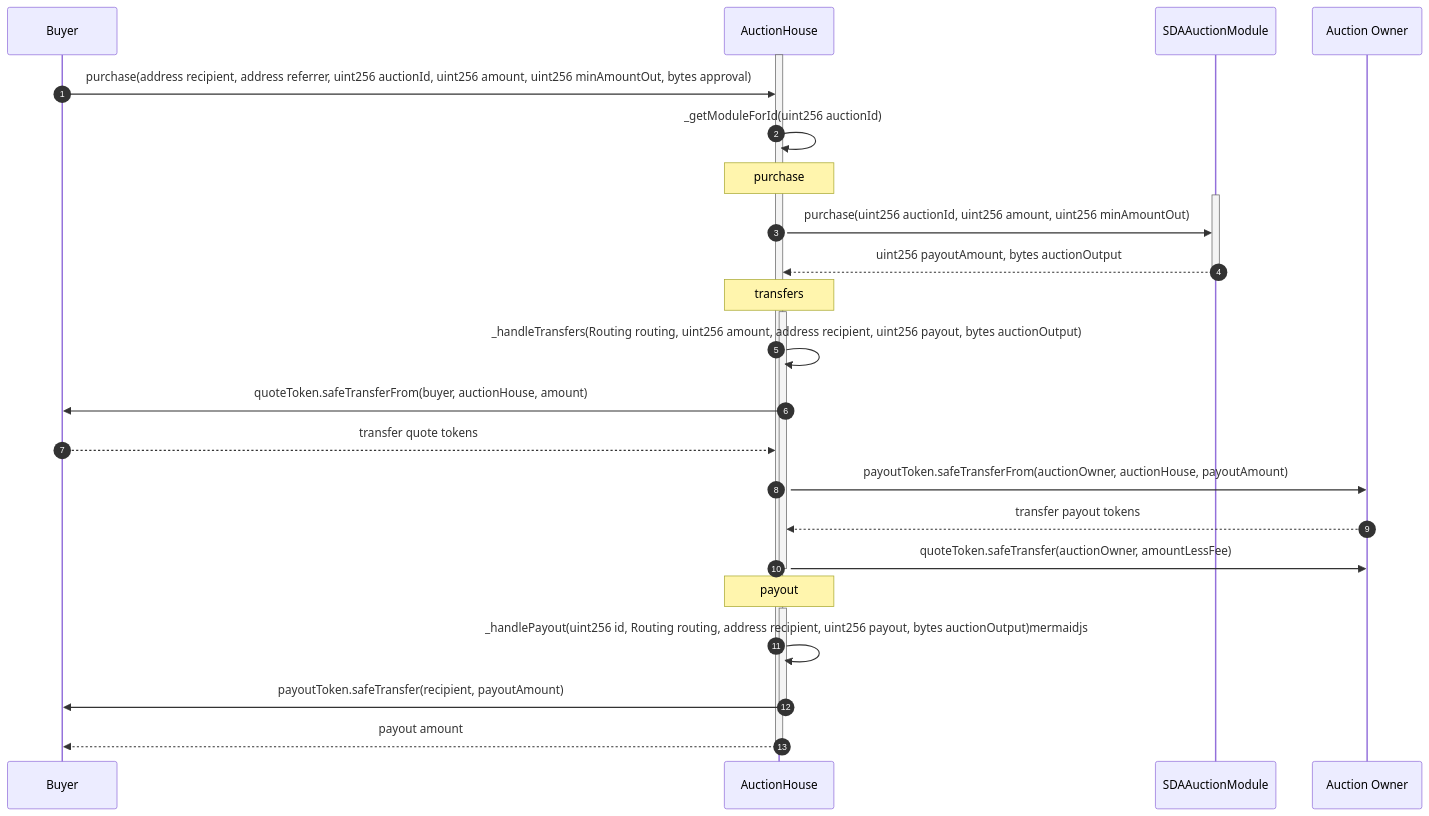
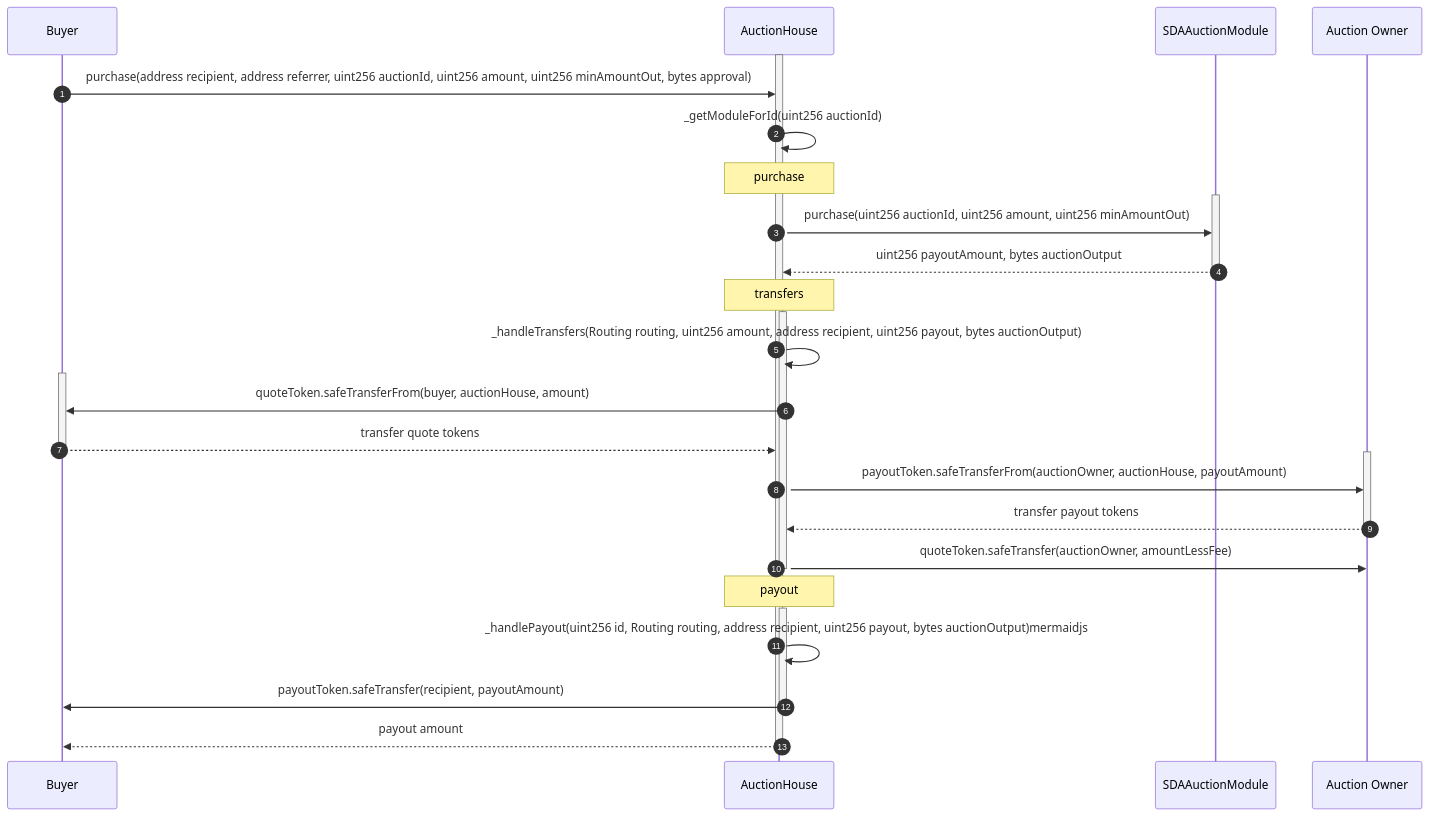
One commit to Axis-Fi/axis-core changed the third of 3 diagrams in ARCHITECTURE.md. Above: the diagram before and after it, drawn with Mermaid.

Commit message:
More activation boxes

````diff
--- a/ARCHITECTURE.md
+++ b/ARCHITECTURE.md
@@ -229,46 +229,50 @@
 ```mermaid
 sequenceDiagram
   autoNumber
   participant Buyer
   participant AuctionHouse
   participant SDAAuctionModule
   participant Auction Owner
 
   activate AuctionHouse
     Buyer->>AuctionHouse: purchase(address recipient, address referrer, uint256 auctionId, uint256 amount, uint256 minAmountOut, bytes approval)
 
     AuctionHouse->>AuctionHouse: _getModuleForId(uint256 auctionId)
 
     Note over AuctionHouse: purchase
 
     activate SDAAuctionModule
       AuctionHouse->>SDAAuctionModule: purchase(uint256 auctionId, uint256 amount, uint256 minAmountOut)
 
       SDAAuctionModule-->>AuctionHouse: uint256 payoutAmount, bytes auctionOutput
     deactivate SDAAuctionModule
 
     Note over AuctionHouse: transfers
 
     activate AuctionHouse
       AuctionHouse->>AuctionHouse: _handleTransfers(Routing routing, uint256 amount, address recipient, uint256 payout, bytes auctionOutput)
 
-      AuctionHouse->>Buyer: quoteToken.safeTransferFrom(buyer, auctionHouse, amount)
-      Buyer-->>AuctionHouse: transfer quote tokens
+      activate Buyer
+        AuctionHouse->>Buyer: quoteToken.safeTransferFrom(buyer, auctionHouse, amount)
+        Buyer-->>AuctionHouse: transfer quote tokens
+      deactivate Buyer
 
-      AuctionHouse->>Auction Owner: payoutToken.safeTransferFrom(auctionOwner, auctionHouse, payoutAmount)
-      Auction Owner-->>AuctionHouse: transfer payout tokens
+      activate Auction Owner
+        AuctionHouse->>Auction Owner: payoutToken.safeTransferFrom(auctionOwner, auctionHouse, payoutAmount)
+        Auction Owner-->>AuctionHouse: transfer payout tokens
+      deactivate Auction Owner
 
       AuctionHouse->>Auction Owner: quoteToken.safeTransfer(auctionOwner, amountLessFee)
     deactivate AuctionHouse
 
     Note over AuctionHouse: payout
 
     activate AuctionHouse
       AuctionHouse->>AuctionHouse: _handlePayout(uint256 id, Routing routing, address recipient, uint256 payout, bytes auctionOutput)mermaidjs
 
       AuctionHouse->>Buyer: payoutToken.safeTransfer(recipient, payoutAmount)
     deactivate AuctionHouse
 
     AuctionHouse-->>Buyer: payout amount
   deactivate AuctionHouse
 ```
````
